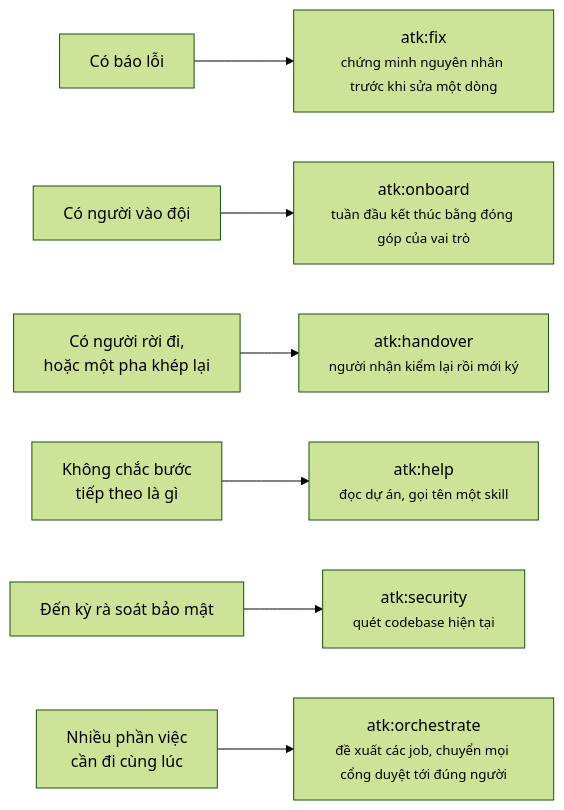
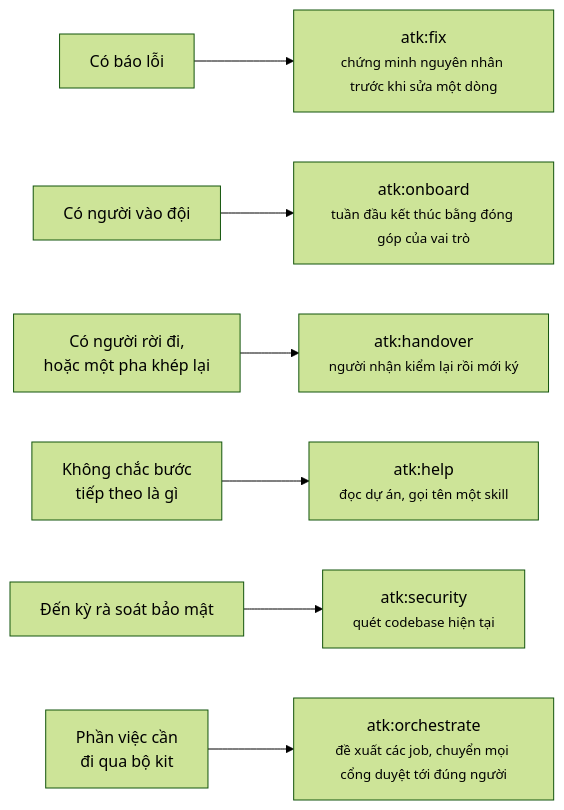
Before and after one commit to lamngockhuong/aiteamkit: the third of 3 diagrams in docs/vi/flow/project-flow.md, drawn with Mermaid (forest theme). The commit also changed other lines of this file and 27 other files, not shown here.

Commit message:
fix: let orchestrate read past an unpushed branch, run atk:init before worktrees, and gate hook changes

````diff
--- a/docs/vi/flow/project-flow.md
+++ b/docs/vi/flow/project-flow.md
@@ -166,9 +166,9 @@
 ```mermaid
 flowchart LR
     X1["Có báo lỗi"] --> X2["atk:fix<br/><small>chứng minh nguyên nhân trước khi sửa một dòng</small>"]
     X3["Có người vào đội"] --> X4["atk:onboard<br/><small>tuần đầu kết thúc bằng đóng góp của vai trò</small>"]
     X5["Có người rời đi,<br/>hoặc một pha khép lại"] --> X6["atk:handover<br/><small>người nhận kiểm lại rồi mới ký</small>"]
     X7["Không chắc bước<br/>tiếp theo là gì"] --> X8["atk:help<br/><small>đọc dự án, gọi tên một skill</small>"]
     X9["Đến kỳ rà soát bảo mật"] --> X10["atk:security<br/><small>quét codebase hiện tại</small>"]
-    X11["Nhiều phần việc<br/>cần đi cùng lúc"] --> X12["atk:orchestrate<br/><small>đề xuất các job, chuyển mọi cổng duyệt tới đúng người</small>"]
+    X11["Phần việc cần<br/>đi qua bộ kit"] --> X12["atk:orchestrate<br/><small>đề xuất các job, chuyển mọi cổng duyệt tới đúng người</small>"]
 ```
````
